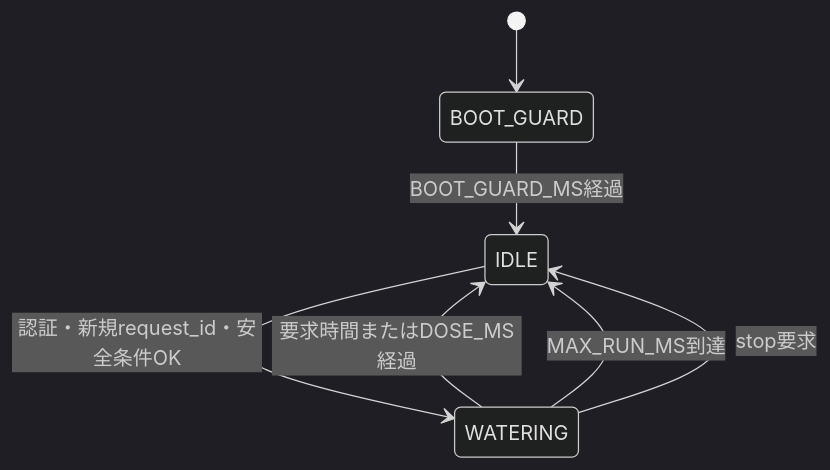
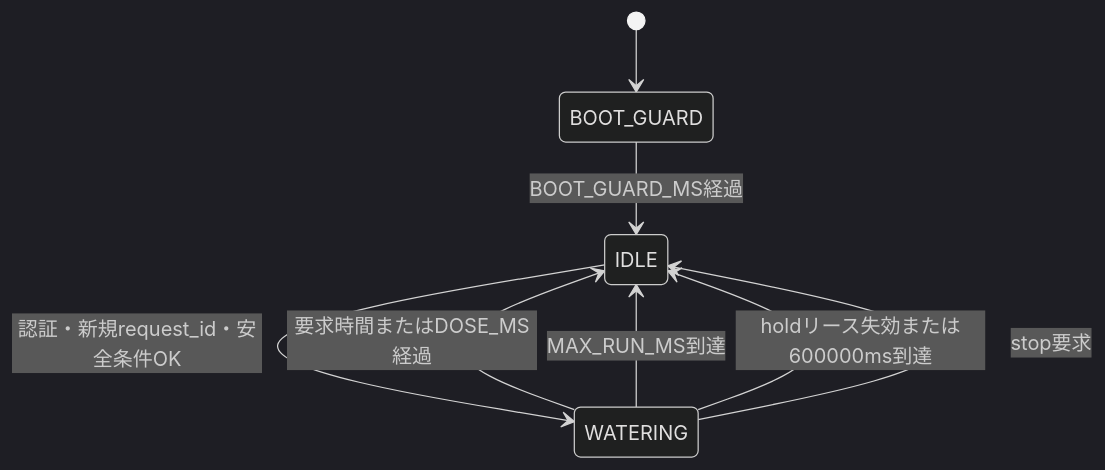
Before and after one commit to kandotrun/tree: the second of 2 diagrams in docs/development-guide.md, drawn with Mermaid (dark theme). The commit also changed other lines of this file and 15 other files, not shown here.

````diff
--- a/docs/development-guide.md
+++ b/docs/development-guide.md
@@ -247,9 +249,10 @@
 ```mermaid
 stateDiagram-v2
     [*] --> BOOT_GUARD
     BOOT_GUARD --> IDLE: BOOT_GUARD_MS経過
     IDLE --> WATERING: 認証・新規request_id・安全条件OK
     WATERING --> IDLE: 要求時間またはDOSE_MS経過
     WATERING --> IDLE: MAX_RUN_MS到達
+    WATERING --> IDLE: holdリース失効または600000ms到達
     WATERING --> IDLE: stop要求
 ```
````
